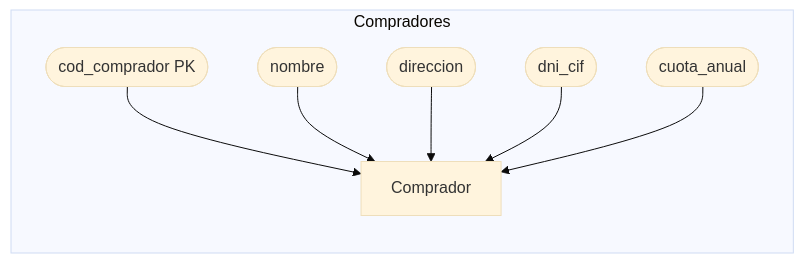
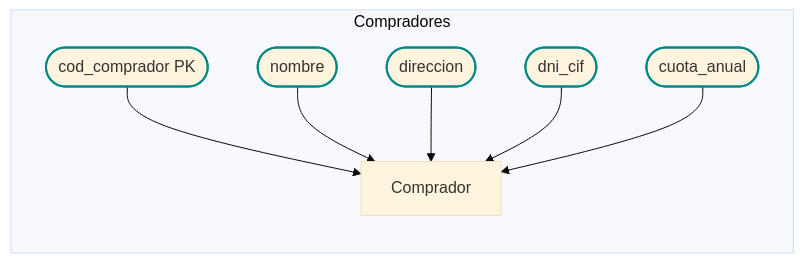
The fourth of 7 diagrams in DataBases/lonja_DB.md (JulTob/Data), drawn with Mermaid (base theme) before and after one commit. The commit also changed other lines of this file, not shown here.

````diff
--- a/DataBases/lonja_DB.md
+++ b/DataBases/lonja_DB.md
@@ -194,11 +198,15 @@
 ```mermaid
-flowchart LR   
+flowchart LR
+  classDef atributo stroke:#088,stroke-width:2px;
+  classDef pk stroke:#800,stroke-width:4px;
+  classDef entidad stroke:#404,stroke-width:4px;
+
   %% Atributos COMPRADOR
   subgraph Compradores
   cod_comprador([cod_comprador PK]):::atributo --> Comprador
   nombre_compr([nombre]):::atributo --> Comprador
   direccion_compr([direccion]):::atributo --> Comprador
   dni_cif([dni_cif]):::atributo --> Comprador
   cuota_anual([cuota_anual]):::atributo --> Comprador
   end
 ```
````
